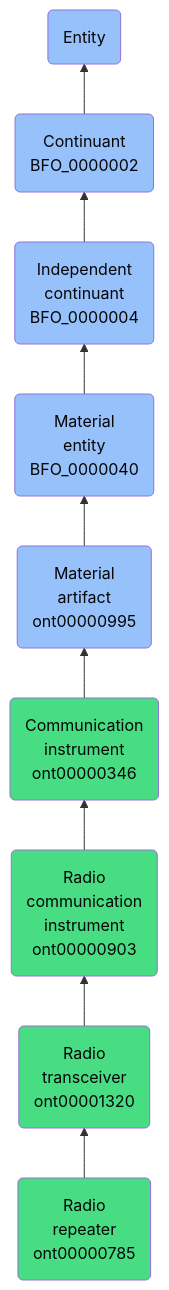
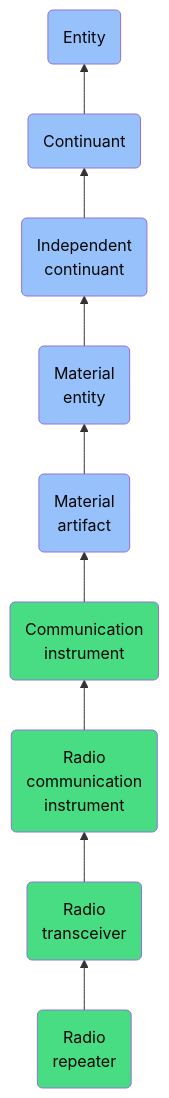
Before and after one commit to jupyter-naas/abi: the diagram in docs/ontology/reference/model/Entity/Continuant/Independent continuant/Material entity/Material artifact/Communication instrument/Radio communication instrument/Radio transceiver/Radio repeater/Radio repeater.md, drawn with Mermaid. The commit also changed other lines of this file and 1430 other files, not shown here.

````diff
--- a/docs/ontology/reference/model/Entity/Continuant/Independent continuant/Material entity/Material artifact/Communication instrument/Radio communication instrument/Radio transceiver/Radio repeater/Radio repeater.md
+++ b/docs/ontology/reference/model/Entity/Continuant/Independent continuant/Material entity/Material artifact/Communication instrument/Radio communication instrument/Radio transceiver/Radio repeater/Radio repeater.md
@@ -24,16 +24,16 @@
 ```mermaid
 graph BT
-    ont00000785(Radio<br>repeater<br>ont00000785):::ABI-->ont00001320
-    ont00001320(Radio<br>transceiver<br>ont00001320):::ABI-->ont00000903
-    ont00000903(Radio<br>communication<br>instrument<br>ont00000903):::ABI-->ont00000346
-    ont00000346(Communication<br>instrument<br>ont00000346):::ABI-->ont00000995
-    ont00000995(Material<br>artifact<br>ont00000995):::BFO-->BFO_0000040
-    BFO_0000040(Material<br>entity<br>BFO_0000040):::BFO-->BFO_0000004
-    BFO_0000004(Independent<br>continuant<br>BFO_0000004):::BFO-->BFO_0000002
-    BFO_0000002(Continuant<br>BFO_0000002):::BFO-->BFO_0000001
+    ont00000785(Radio<br>repeater):::ABI-->ont00001320
+    ont00001320(Radio<br>transceiver):::ABI-->ont00000903
+    ont00000903(Radio<br>communication<br>instrument):::ABI-->ont00000346
+    ont00000346(Communication<br>instrument):::ABI-->ont00000995
+    ont00000995(Material<br>artifact):::BFO-->BFO_0000040
+    BFO_0000040(Material<br>entity):::BFO-->BFO_0000004
+    BFO_0000004(Independent<br>continuant):::BFO-->BFO_0000002
+    BFO_0000002(Continuant):::BFO-->BFO_0000001
     BFO_0000001(Entity):::BFO
     
     classDef BFO fill:#97c1fb,color:#060606
     classDef CCO fill:#e4c51e,color:#060606
     classDef ABI fill:#48DD82,color:#060606
 ```
````
